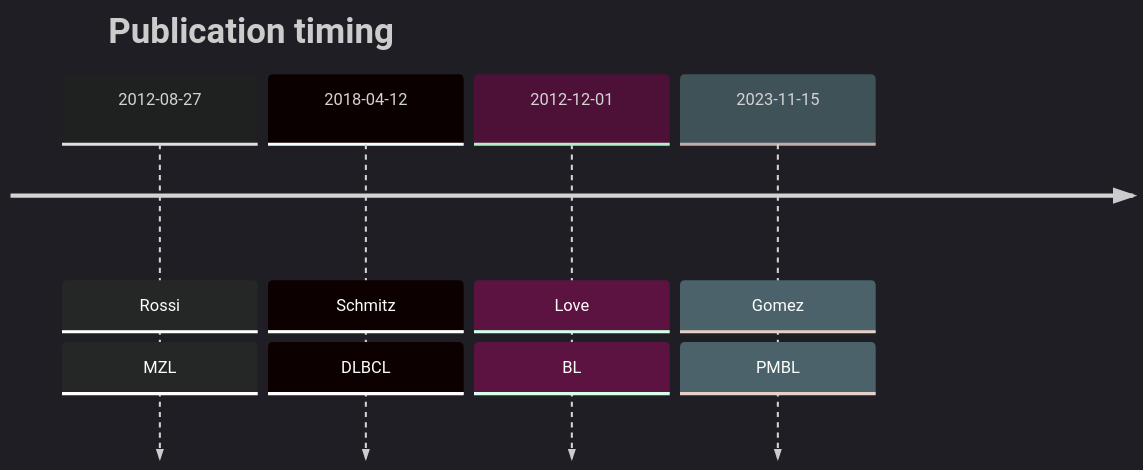
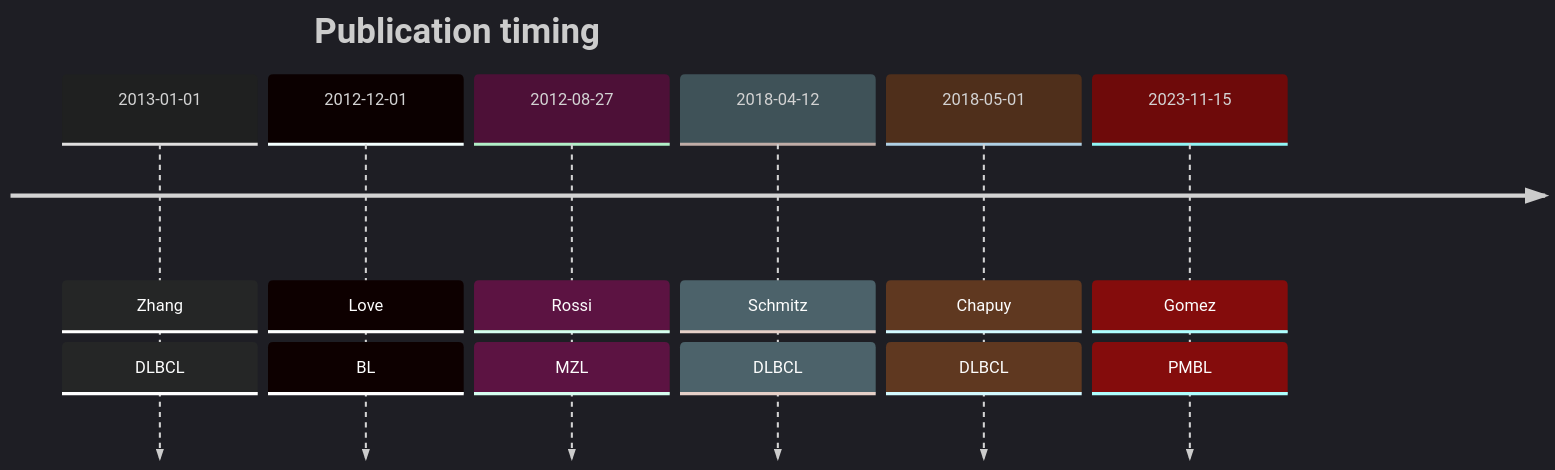
Before and after one commit to morinlab/lymphopedia: the diagram in DTX1.md, drawn with Mermaid. The commit also changed other lines of this file, not shown here.

````diff
--- a/DTX1.md
+++ b/DTX1.md
@@ -13,9 +13,11 @@
 ```mermaid
 %%{init: { 'logLevel': 'debug', 'theme': 'dark' } }%%
 timeline
     title Publication timing
+      2013-01-01 : Zhang : DLBCL
+      2012-12-01 : Love : BL
       2012-08-27 : Rossi : MZL
       2018-04-12 : Schmitz : DLBCL
-      2012-12-01 : Love : BL
+      2018-05-01 : Chapuy : DLBCL
       2023-11-15 : Gomez : PMBL
 ```
````
